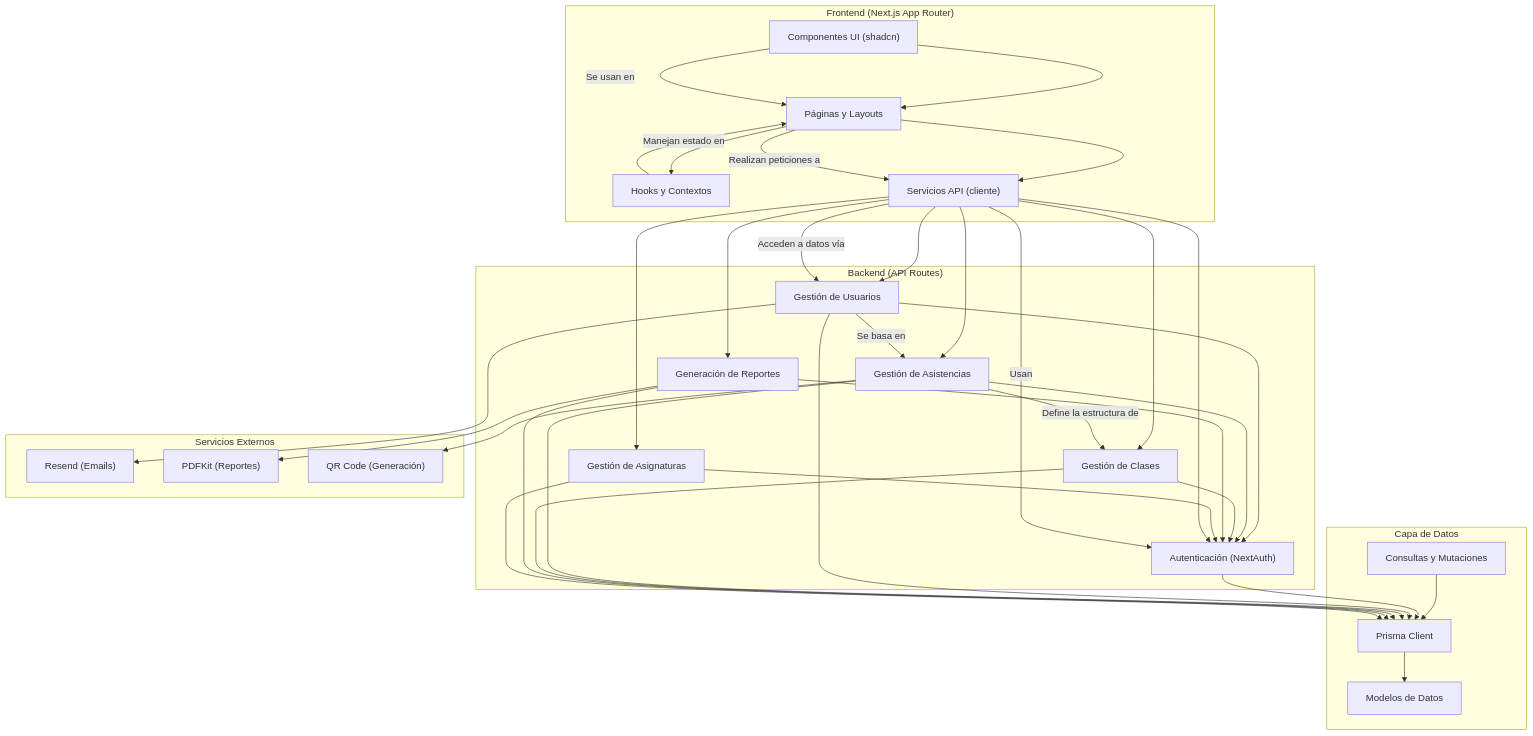
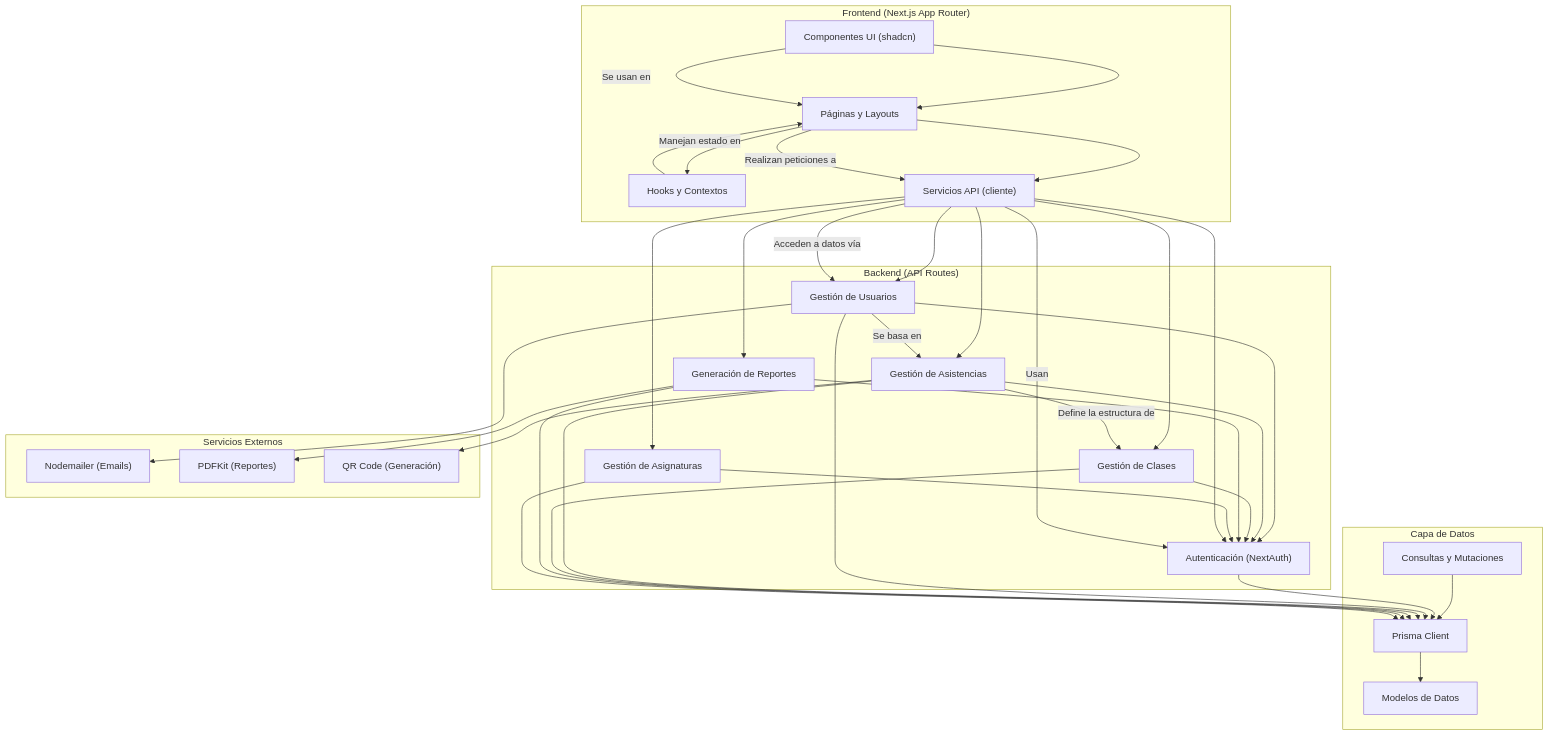
The diagram in docs/architecture/03_COMPONENT_DIAGRAM.md (Manuekle/gestion-asistencias-docente), drawn with Mermaid before and after one commit. The commit also changed other lines of this file and 19 other files, not shown here.

````diff
--- a/docs/architecture/03_COMPONENT_DIAGRAM.md
+++ b/docs/architecture/03_COMPONENT_DIAGRAM.md
@@ -3,70 +3,70 @@
 ```mermaid
 graph TD
     subgraph "Frontend (Next.js App Router)"
         A["Componentes UI (shadcn)"]
         B["Páginas y Layouts"]
         C["Hooks y Contextos"]
         D["Servicios API (cliente)"]
         
         A --> B
         B --> C
         B --> D
     end
 
     subgraph "Backend (API Routes)"
         E["Autenticación (NextAuth)"]
         F["Gestión de Usuarios"]
         G["Gestión de Asistencias"]
         H["Gestión de Clases"]
         I["Generación de Reportes"]
         J["Gestión de Asignaturas"]
         
         F --> E
         G --> E
         H --> E
         I --> E
         J --> E
     end
 
     subgraph "Capa de Datos"
         K["Prisma Client"]
         L["Modelos de Datos"]
         M["Consultas y Mutaciones"]
         
         K --> L
         M --> K
     end
     
     subgraph "Servicios Externos"
-        N["Resend (Emails)"]
+        N["Nodemailer (Emails)"]
         O["PDFKit (Reportes)"]
         P["QR Code (Generación)"]
     end
     
     %% Conexiones entre capas
     D --> E
     D --> F
     D --> G
     D --> H
     D --> I
     D --> J
     
     E --> K
     F --> K
     G --> K
     H --> K
     I --> K
     J --> K
     
     I --> O
     G --> P
     F --> N
     
     A -- "Se usan en" --> B
     C -- "Manejan estado en" --> B
     B -- "Realizan peticiones a" --> D
     D -- "Usan" --> E
     D -- "Acceden a datos vía" --> F
     F -- "Se basa en" --> G
     G -- "Define la estructura de" --> H
 ```
````
